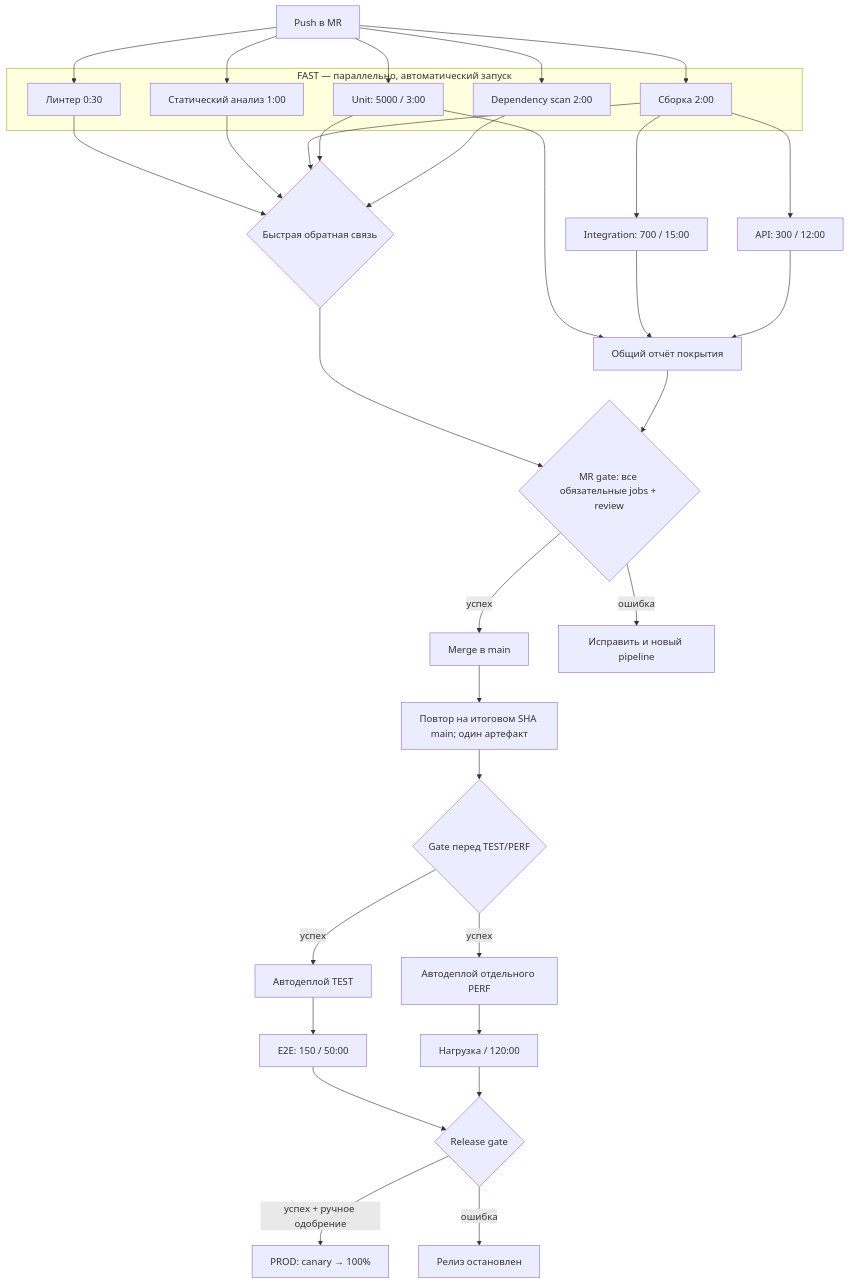
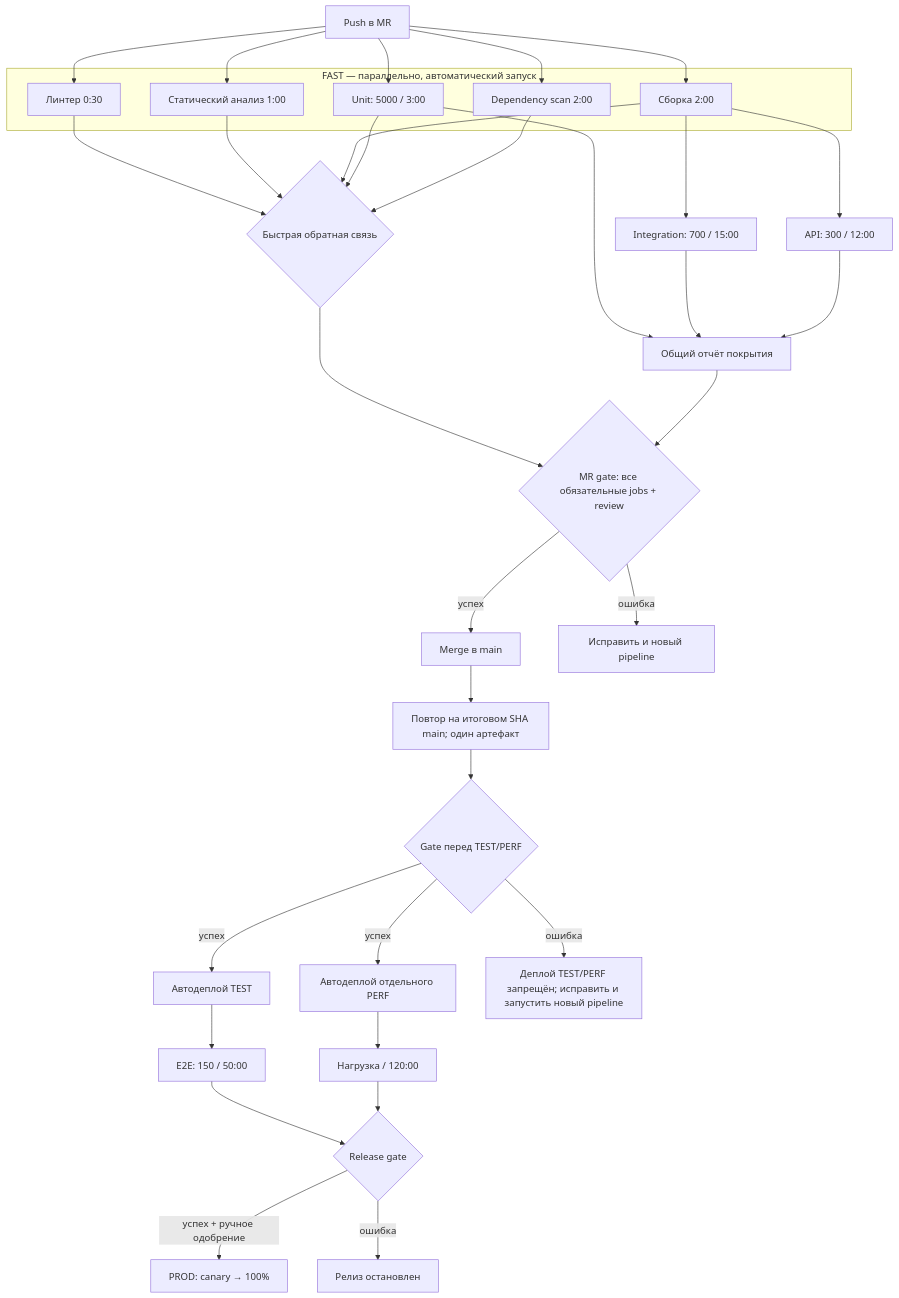
The diagram in README.md (AxoRm/seminar-4-ci-cd-quality-gates), drawn with Mermaid before and after one commit. The commit also changed other lines of this file, not shown here.

Commit message:
Show failed TEST/PERF gate path in diagram

````diff
--- a/README.md
+++ b/README.md
@@ -7,40 +7,41 @@
 ```mermaid
 flowchart TD
     A[Push в MR]
     subgraph F[FAST — параллельно, автоматический запуск]
       L[Линтер 0:30]
       S[Статический анализ 1:00]
       B[Сборка 2:00]
       U[Unit: 5000 / 3:00]
       D[Dependency scan 2:00]
     end
     A --> L
     A --> S
     A --> B
     A --> U
     A --> D
     L --> FG{Быстрая обратная связь}
     S --> FG
     B --> FG
     U --> FG
     D --> FG
     B --> I[Integration: 700 / 15:00]
     B --> P[API: 300 / 12:00]
     U --> C[Общий отчёт покрытия]
     I --> C
     P --> C
     FG --> MG{MR gate: все обязательные jobs + review}
     C --> MG
     MG -->|успех| M[Merge в main]
     MG -->|ошибка| X[Исправить и новый pipeline]
     M --> R[Повтор на итоговом SHA main; один артефакт]
     R --> TG{Gate перед TEST/PERF}
     TG -->|успех| T[Автодеплой TEST]
     TG -->|успех| PF[Автодеплой отдельного PERF]
+    TG -->|ошибка| STOP[Деплой TEST/PERF запрещён; исправить и запустить новый pipeline]
     T --> E[E2E: 150 / 50:00]
     PF --> N[Нагрузка / 120:00]
     E --> RG{Release gate}
     N --> RG
     RG -->|успех + ручное одобрение| PR[PROD: canary → 100%]
     RG -->|ошибка| HOLD[Релиз остановлен]
 ```
````
